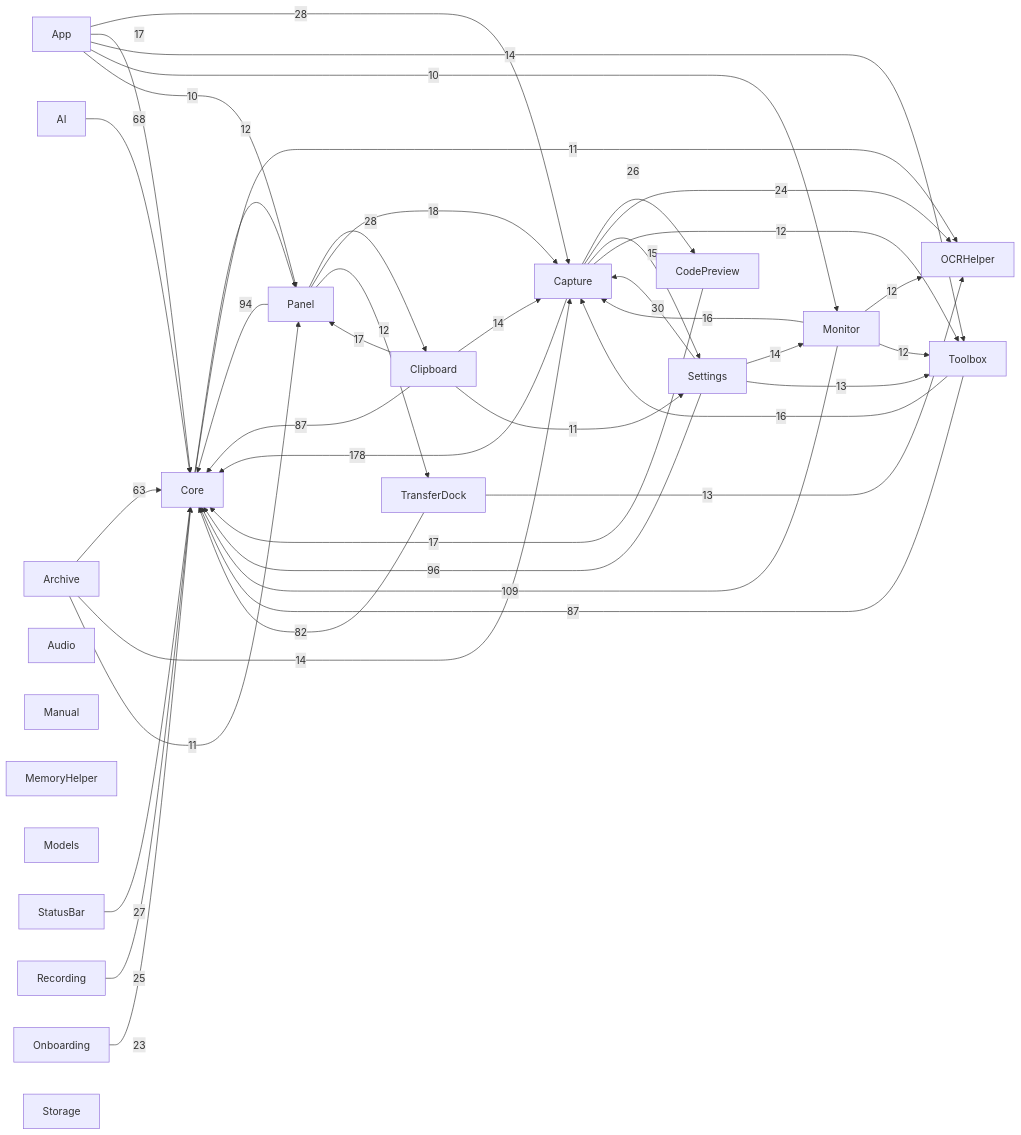
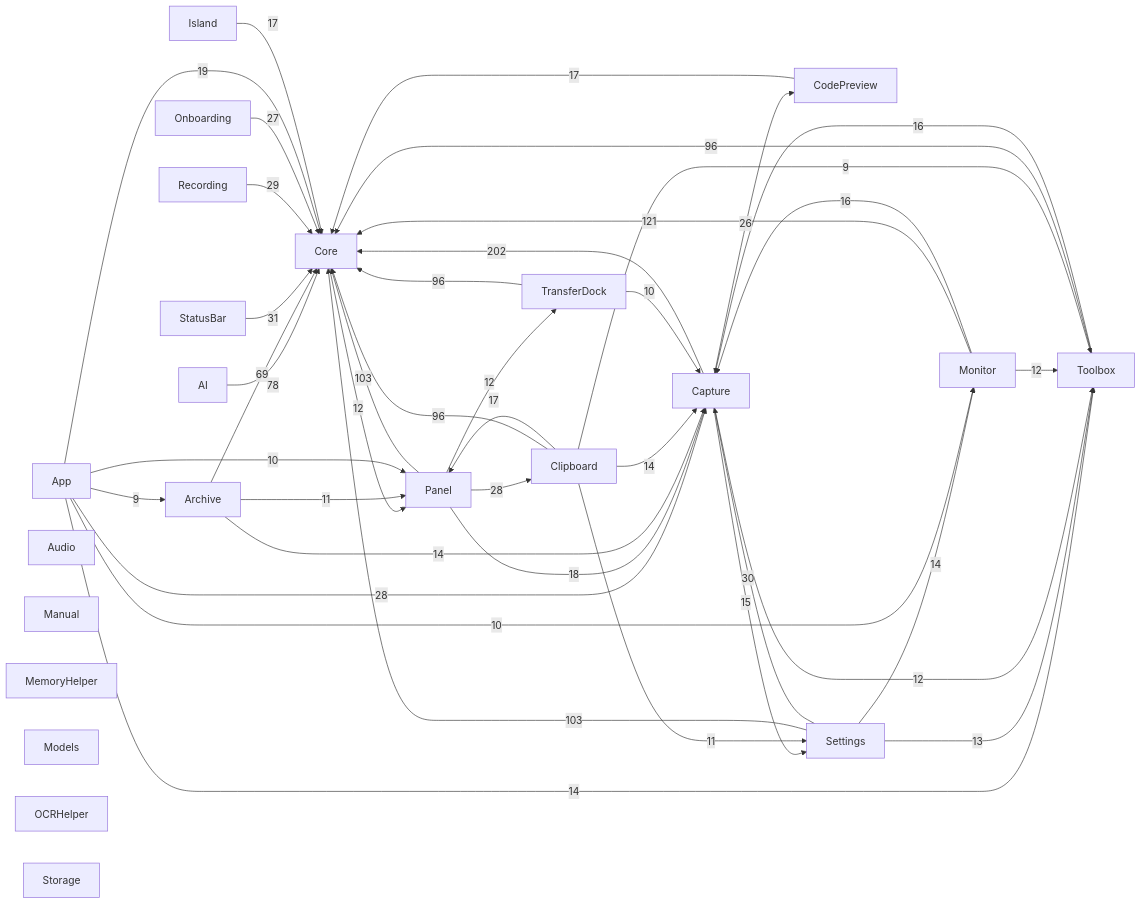
One commit to sxyq/Kitnest changed the diagram in docs/00-总览/模块依赖图.md. Above: the diagram before and after it, drawn with Mermaid. The commit also changed other lines of this file and 18 other files, not shown here.

````diff
--- a/docs/00-总览/模块依赖图.md
+++ b/docs/00-总览/模块依赖图.md
@@ -35,64 +36,65 @@
 ```mermaid
 flowchart LR
   M0["AI"]
   M1["App"]
   M2["Archive"]
   M3["Audio"]
   M4["Capture"]
   M5["Clipboard"]
   M6["CodePreview"]
   M7["Core"]
-  M8["Manual"]
-  M9["MemoryHelper"]
-  M10["Models"]
-  M11["Monitor"]
-  M12["OCRHelper"]
-  M13["Onboarding"]
-  M14["Panel"]
-  M15["Recording"]
-  M16["Settings"]
-  M17["StatusBar"]
-  M18["Storage"]
-  M19["Toolbox"]
-  M20["TransferDock"]
-  M4 -->|178| M7
-  M11 -->|109| M7
-  M16 -->|96| M7
-  M14 -->|94| M7
-  M19 -->|87| M7
-  M5 -->|87| M7
-  M20 -->|82| M7
-  M0 -->|68| M7
-  M2 -->|63| M7
-  M16 -->|30| M4
+  M8["Island"]
+  M9["Manual"]
+  M10["MemoryHelper"]
+  M11["Models"]
+  M12["Monitor"]
+  M13["OCRHelper"]
+  M14["Onboarding"]
+  M15["Panel"]
+  M16["Recording"]
+  M17["Settings"]
+  M18["StatusBar"]
+  M19["Storage"]
+  M20["Toolbox"]
+  M21["TransferDock"]
+  M4 -->|202| M7
+  M12 -->|121| M7
+  M15 -->|103| M7
+  M17 -->|103| M7
+  M5 -->|96| M7
+  M20 -->|96| M7
+  M21 -->|96| M7
+  M0 -->|78| M7
+  M2 -->|69| M7
+  M18 -->|31| M7
+  M17 -->|30| M4
+  M16 -->|29| M7
   M1 -->|28| M4
-  M14 -->|28| M5
-  M17 -->|27| M7
+  M15 -->|28| M5
+  M14 -->|27| M7
   M4 -->|26| M6
-  M15 -->|25| M7
-  M4 -->|24| M12
-  M13 -->|23| M7
-  M14 -->|18| M4
-  M1 -->|17| M7
+  M1 -->|19| M7
+  M15 -->|18| M4
+  M5 -->|17| M15
   M6 -->|17| M7
-  M5 -->|17| M14
-  M11 -->|16| M4
-  M19 -->|16| M4
-  M4 -->|15| M16
-  M1 -->|14| M19
-  M16 -->|14| M11
+  M8 -->|17| M7
+  M12 -->|16| M4
+  M20 -->|16| M4
+  M4 -->|15| M17
+  M1 -->|14| M20
   M2 -->|14| M4
   M5 -->|14| M4
-  M16 -->|13| M19
-  M20 -->|13| M12
-  M7 -->|12| M14
-  M4 -->|12| M19
-  M11 -->|12| M12
-  M11 -->|12| M19
-  M14 -->|12| M20
-  M7 -->|11| M12
-  M2 -->|11| M14
-  M5 -->|11| M16
-  M1 -->|10| M11
-  M1 -->|10| M14
+  M17 -->|14| M12
+  M17 -->|13| M20
+  M7 -->|12| M15
+  M4 -->|12| M20
+  M12 -->|12| M20
+  M15 -->|12| M21
+  M2 -->|11| M15
+  M5 -->|11| M17
+  M1 -->|10| M15
+  M1 -->|10| M12
+  M21 -->|10| M4
+  M1 -->|9| M2
+  M5 -->|9| M20
 ```
````
